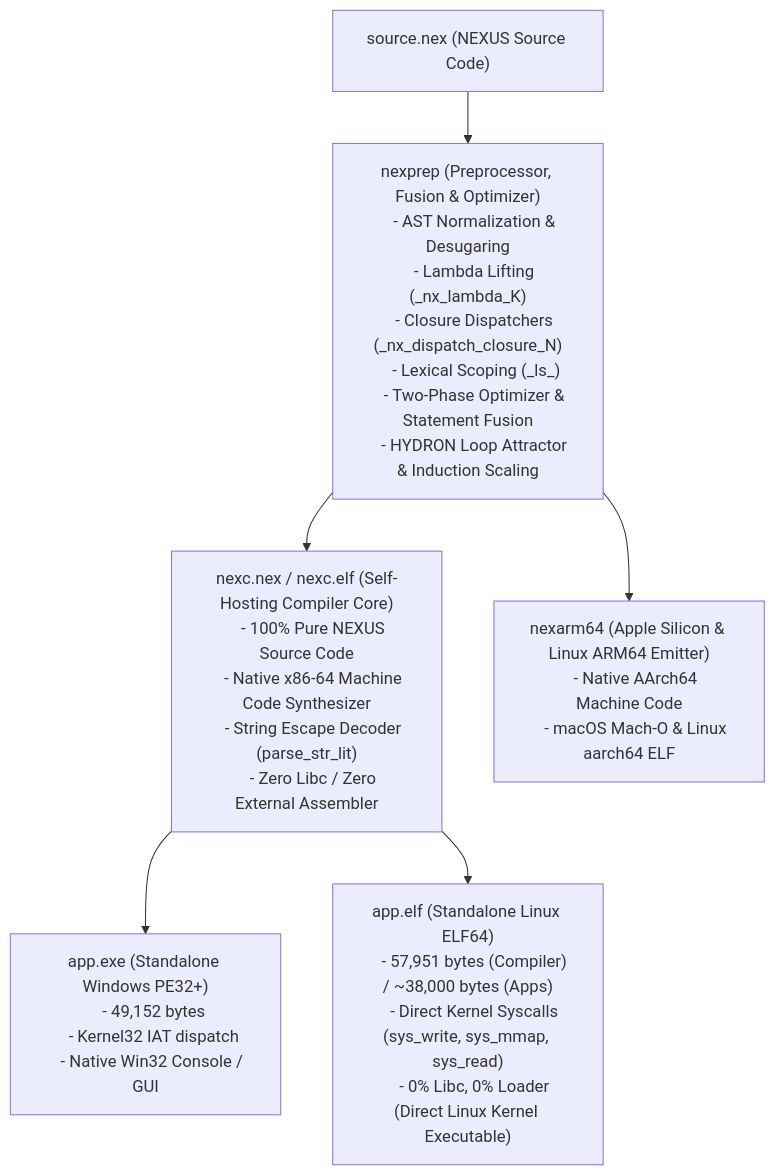
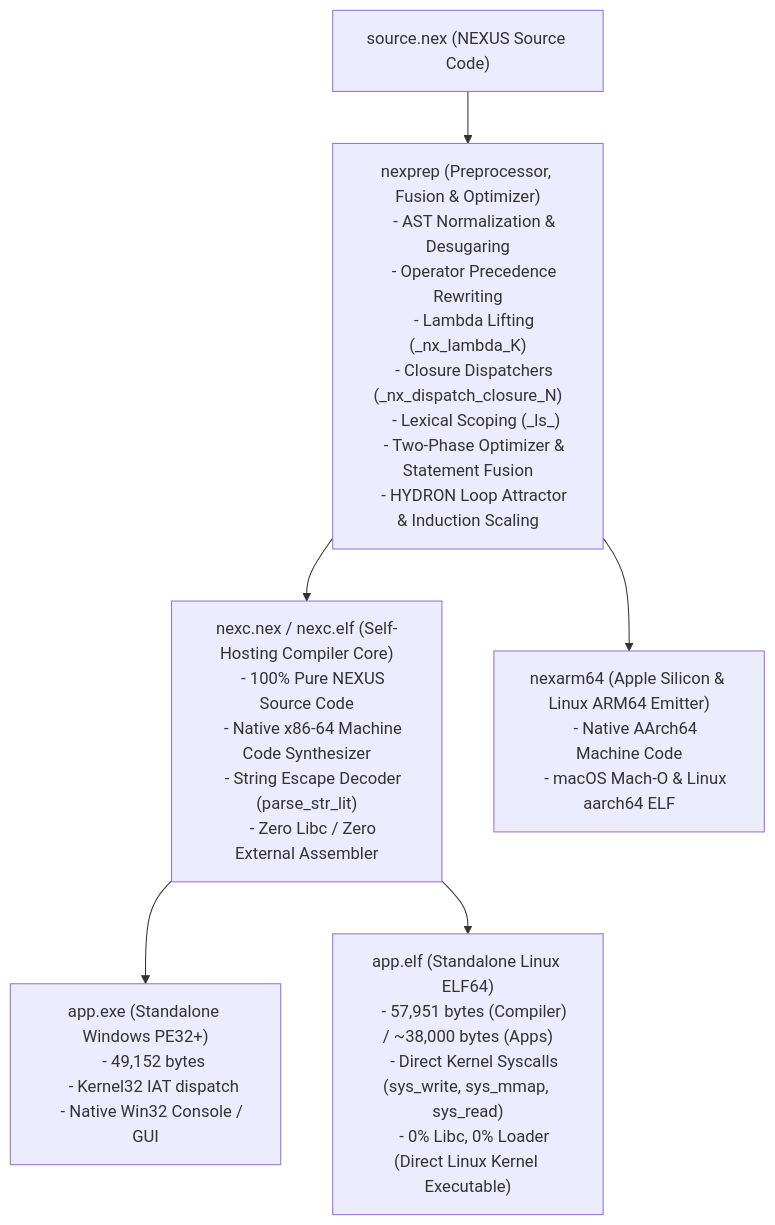
One commit to TouchOfDeath/nexus changed the diagram in README.md. Above: the diagram before and after it, drawn with Mermaid. The commit also changed other lines of this file and 9 other files, not shown here.

````diff
--- a/README.md
+++ b/README.md
@@ -344,30 +456,31 @@
 ```mermaid
 flowchart TD
     SRC["source.nex (NEXUS Source Code)"] --> PREP["nexprep (Preprocessor, Fusion & Optimizer)
     - AST Normalization & Desugaring
+    - Operator Precedence Rewriting
     - Lambda Lifting (_nx_lambda_K)
     - Closure Dispatchers (_nx_dispatch_closure_N)
     - Lexical Scoping (_ls_)
     - Two-Phase Optimizer & Statement Fusion
     - HYDRON Loop Attractor & Induction Scaling"]
     
     PREP --> NEXC["nexc.nex / nexc.elf (Self-Hosting Compiler Core)
     - 100% Pure NEXUS Source Code
     - Native x86-64 Machine Code Synthesizer
     - String Escape Decoder (parse_str_lit)
     - Zero Libc / Zero External Assembler"]
     
     NEXC --> PE["app.exe (Standalone Windows PE32+)
     - 49,152 bytes
     - Kernel32 IAT dispatch
     - Native Win32 Console / GUI"]
     
     NEXC --> ELF["app.elf (Standalone Linux ELF64)
     - 57,951 bytes (Compiler) / ~38,000 bytes (Apps)
     - Direct Kernel Syscalls (sys_write, sys_mmap, sys_read)
     - 0% Libc, 0% Loader (Direct Linux Kernel Executable)"]
     
     PREP --> ARM["nexarm64 (Apple Silicon & Linux ARM64 Emitter)
     - Native AArch64 Machine Code
     - macOS Mach-O & Linux aarch64 ELF"]
 ```
````
